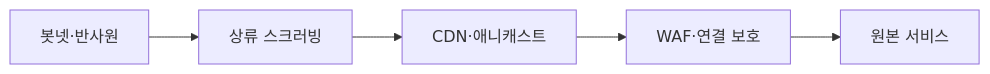
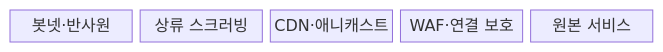
The first of 2 diagrams in src/content/docs/notes/05-security/025_ddos_attack.md (agnusdei1207/knowledge-base), drawn with Mermaid before and after one commit. The commit also changed other lines of this file and 11 other files, not shown here.

````diff
--- a/src/content/docs/notes/05-security/025_ddos_attack.md
+++ b/src/content/docs/notes/05-security/025_ddos_attack.md
@@ -61,7 +63,9 @@
 ```mermaid
-flowchart LR
-    A[봇넷·반사원] --> B[상류 스크러빙]
-    B --> C[CDN·애니캐스트]
-    C --> D[WAF·연결 보호]
-    D --> E[원본 서비스]
+block-beta
+    columns 5
+    A["봇넷·반사원"]
+    B["상류 스크러빙"]
+    C["CDN·애니캐스트"]
+    D["WAF·연결 보호"]
+    E["원본 서비스"]
 ```
````
